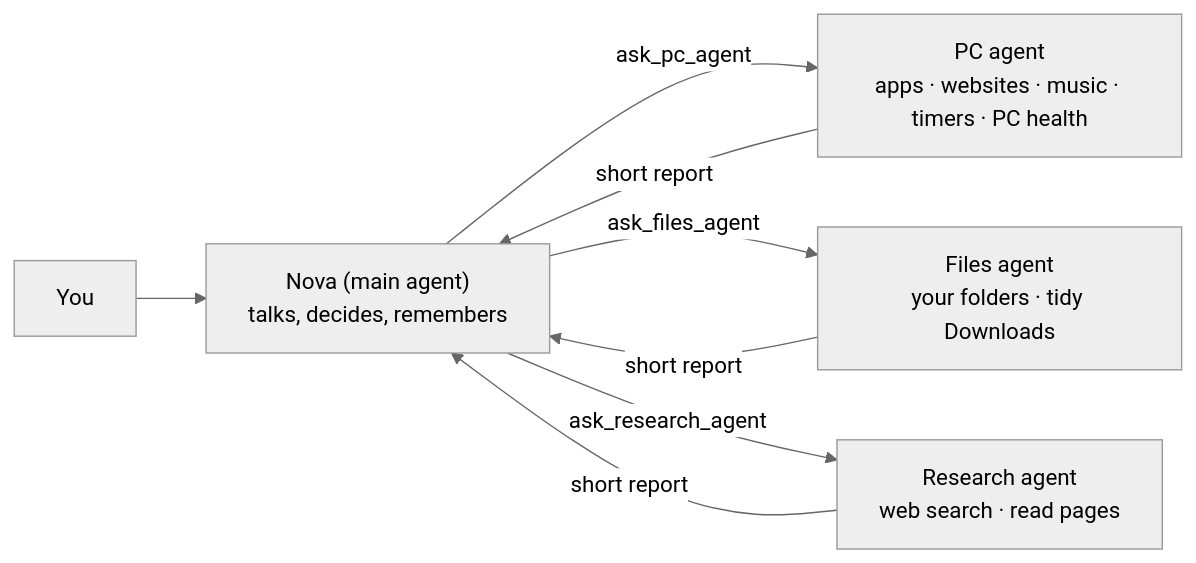
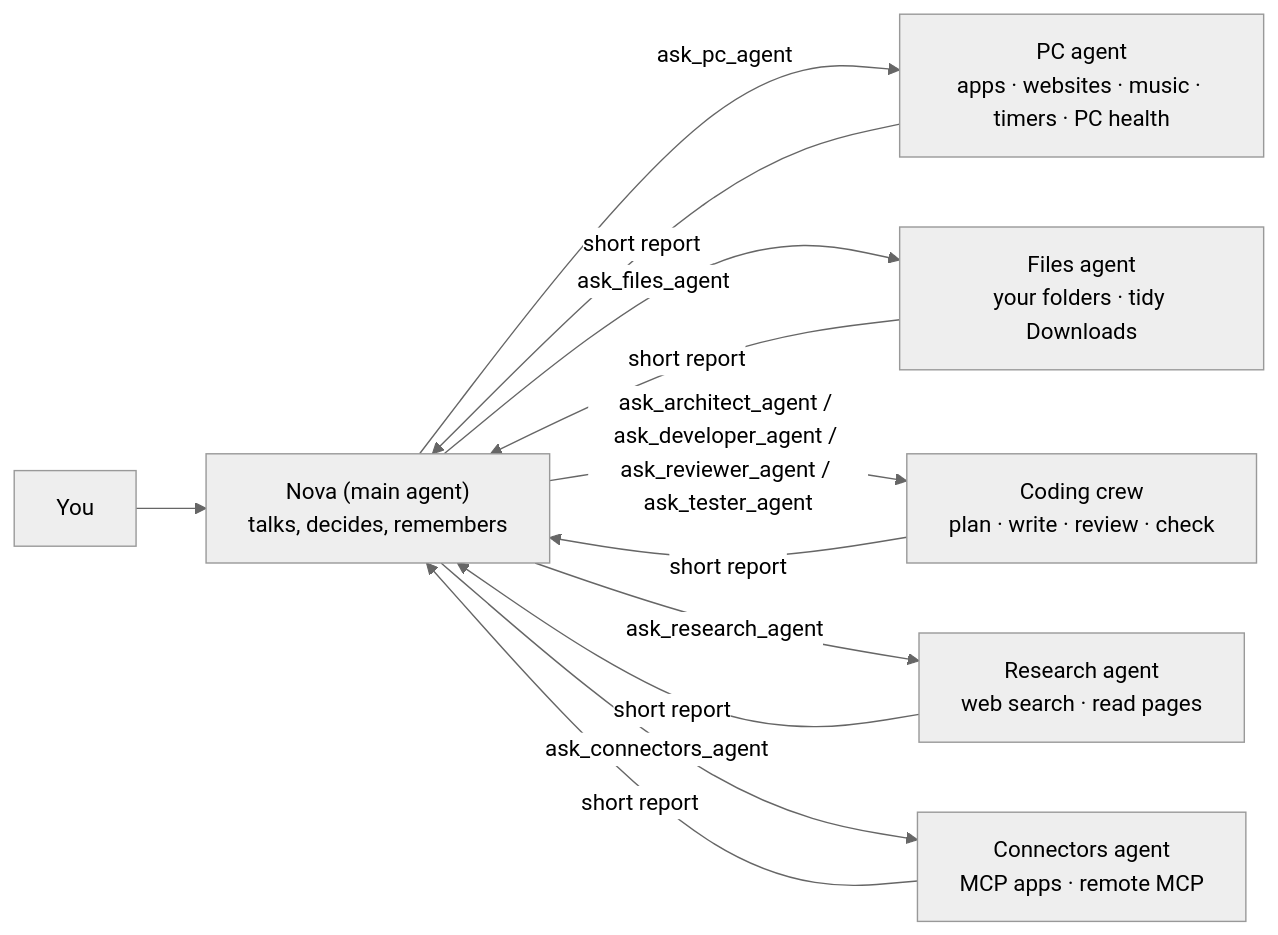
The first of 2 diagrams in README.md (osamaayub/nova-assistant), drawn with Mermaid (neutral theme) before and after one commit. The commit also changed other lines of this file, not shown here.

````diff
--- a/README.md
+++ b/README.md
@@ -54,8 +57,10 @@
 ```mermaid
 flowchart LR
     U["You"] --> N["Nova (main agent)<br/>talks, decides, remembers"]
     N -- "ask_pc_agent" --> PC["PC agent<br/>apps · websites · music · timers · PC health"]
     N -- "ask_files_agent" --> F["Files agent<br/>your folders · tidy Downloads"]
+    N -- "ask_architect_agent / ask_developer_agent / ask_reviewer_agent / ask_tester_agent" --> C["Coding crew<br/>plan · write · review · check"]
     N -- "ask_research_agent" --> R["Research agent<br/>web search · read pages"]
-    PC & F & R -- "short report" --> N
+    N -- "ask_connectors_agent" --> M["Connectors agent<br/>MCP apps · remote MCP"]
+    PC & F & C & R & M -- "short report" --> N
 ```
````
